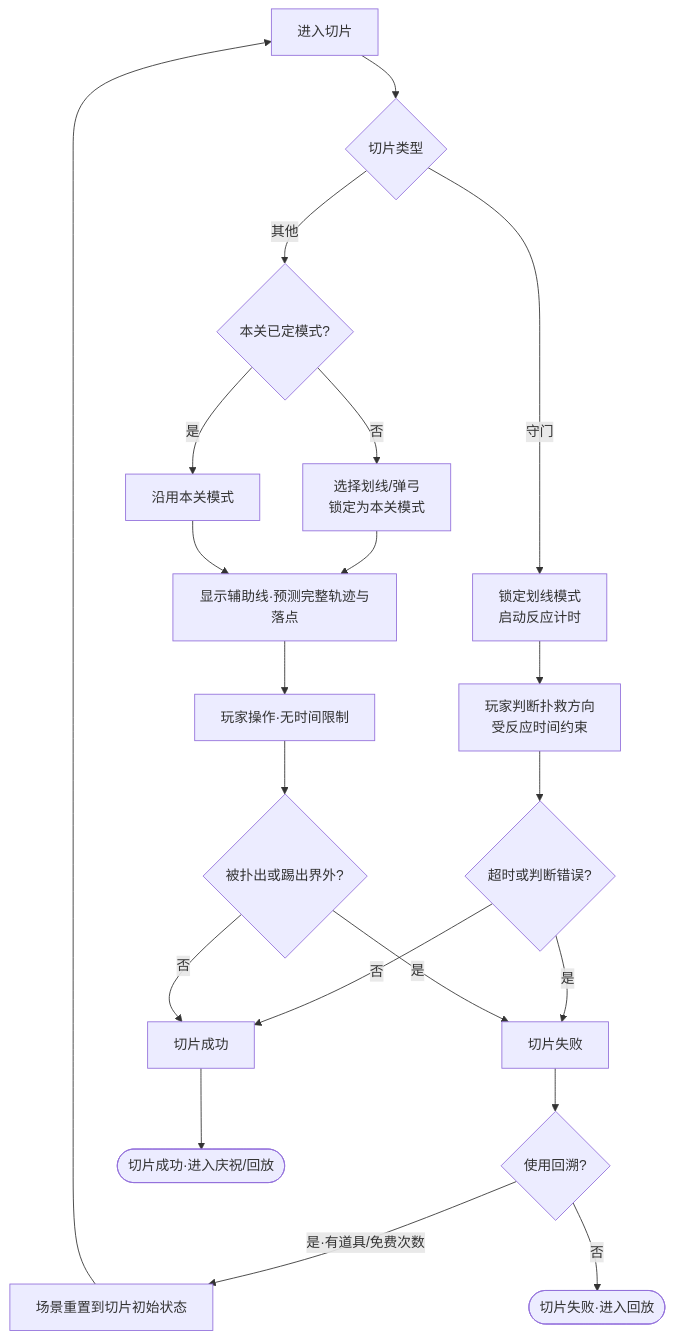
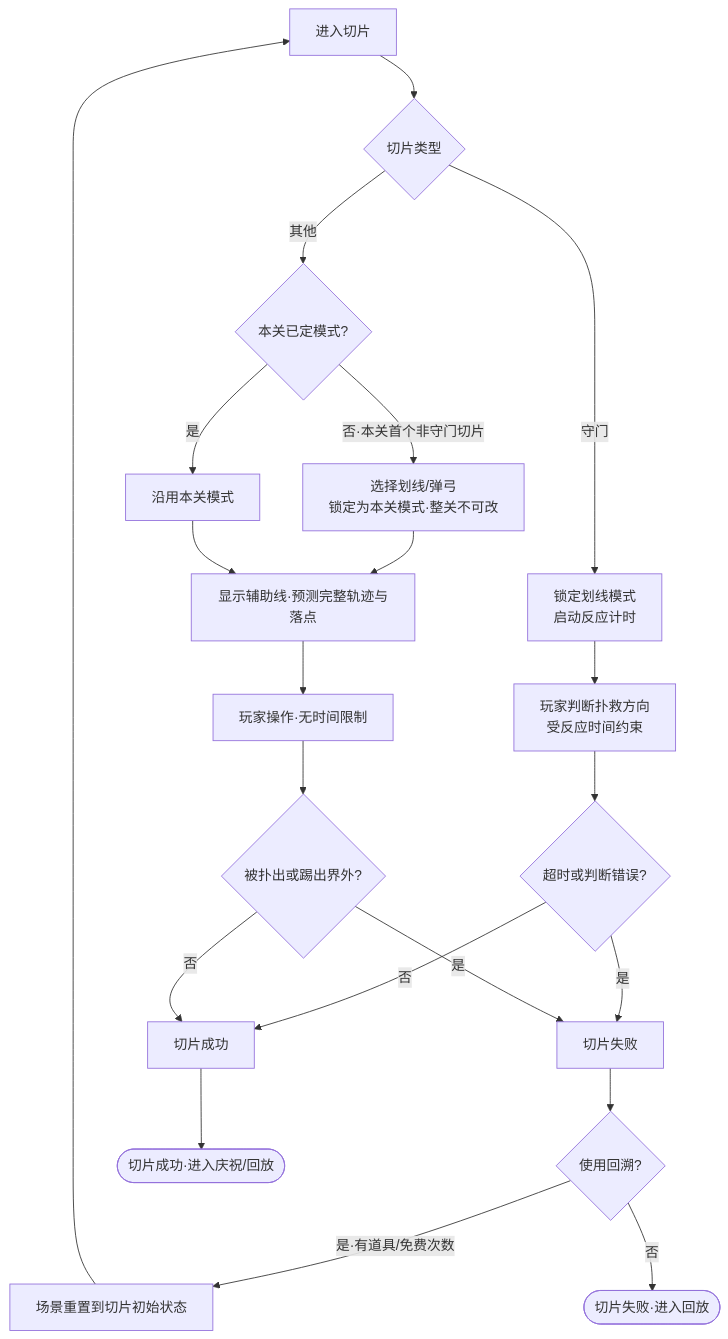
One commit to RehearsalTap4Fun/MindToDoc changed the second of 11 diagrams in output/2026世界杯主题活动-开发文档.md. Above: the diagram before and after it, drawn with Mermaid. The commit also changed other lines of this file, not shown here.

````diff
--- a/output/2026世界杯主题活动-开发文档.md
+++ b/output/2026世界杯主题活动-开发文档.md
@@ -128,22 +129,22 @@
 ```mermaid
 flowchart TD
     A[进入切片] --> B{切片类型}
     B -->|守门| C[锁定划线模式<br/>启动反应计时]
     B -->|其他| D{本关已定模式?}
-    D -->|否| E[选择划线/弹弓<br/>锁定为本关模式]
+    D -->|否·本关首个非守门切片| E[选择划线/弹弓<br/>锁定为本关模式·整关不可改]
     D -->|是| F[沿用本关模式]
     E --> G[显示辅助线·预测完整轨迹与落点]
     F --> G
     C --> H[玩家判断扑救方向<br/>受反应时间约束]
     G --> I[玩家操作·无时间限制]
     H --> J{超时或判断错误?}
     J -->|是| K[切片失败]
     J -->|否| L[切片成功]
     I --> M{被扑出或踢出界外?}
     M -->|是| K
     M -->|否| L
     K --> N{使用回溯?}
     N -->|是·有道具/免费次数| O[场景重置到切片初始状态] --> A
     N -->|否| P([切片失败·进入回放])
     L --> Q([切片成功·进入庆祝/回放])
 ```
````
